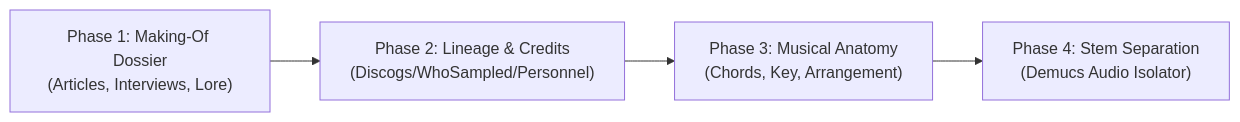
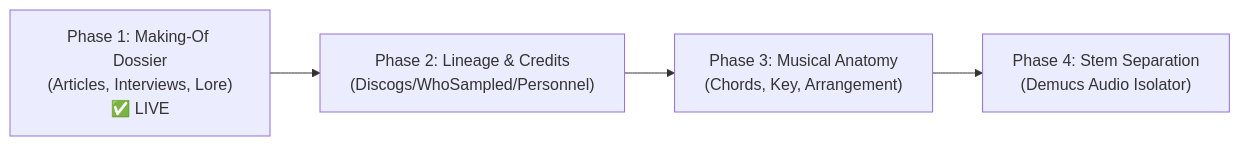
One commit to joeyang108/Deep-Song-Explorer changed the diagram in README.md. Above: the diagram before and after it, drawn with Mermaid. The commit also changed other lines of this file and 1 other file, not shown here.

Commit message:
Update README and backlog with live Phase 1 status and next steps

````diff
--- a/README.md
+++ b/README.md
@@ -9,6 +9,6 @@
 ```mermaid
 graph LR
-    P1["Phase 1: Making-Of Dossier<br>(Articles, Interviews, Lore)"] --> P2["Phase 2: Lineage & Credits<br>(Discogs/WhoSampled/Personnel)"]
+    P1["Phase 1: Making-Of Dossier<br>(Articles, Interviews, Lore)<br>✅ LIVE"] --> P2["Phase 2: Lineage & Credits<br>(Discogs/WhoSampled/Personnel)"]
     P2 --> P3["Phase 3: Musical Anatomy<br>(Chords, Key, Arrangement)"]
     P3 --> P4["Phase 4: Stem Separation<br>(Demucs Audio Isolator)"]
 ```
````
